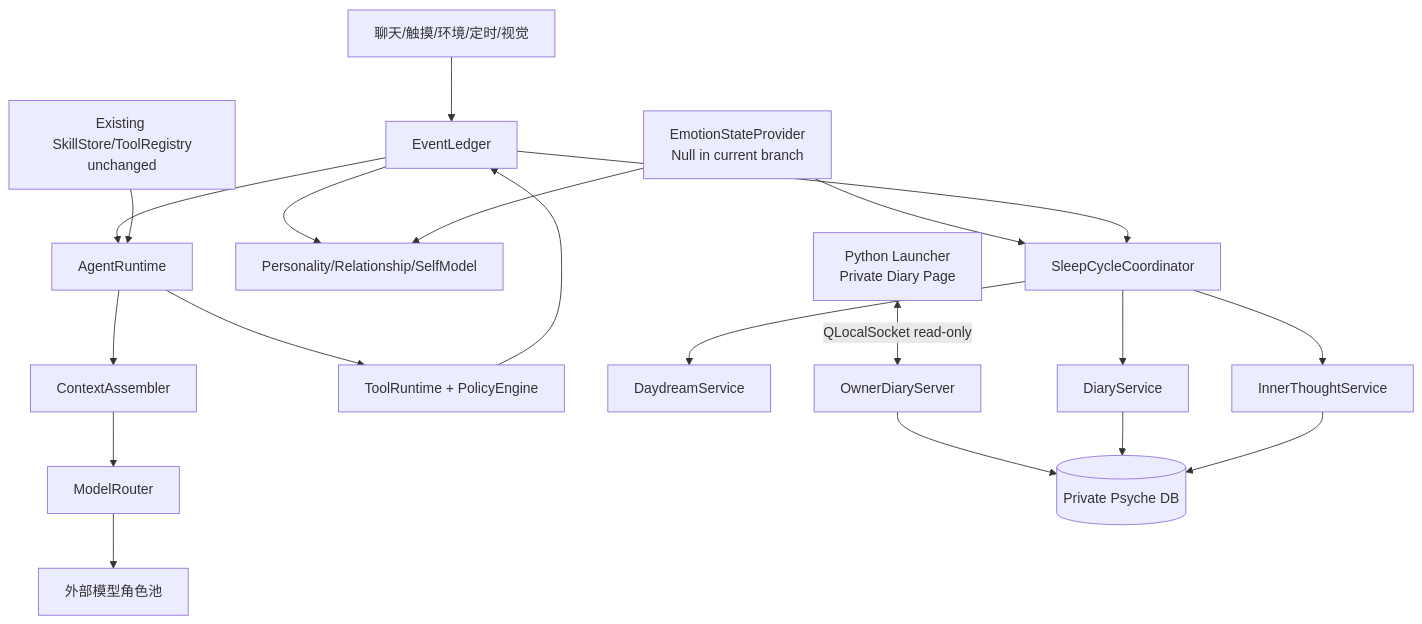
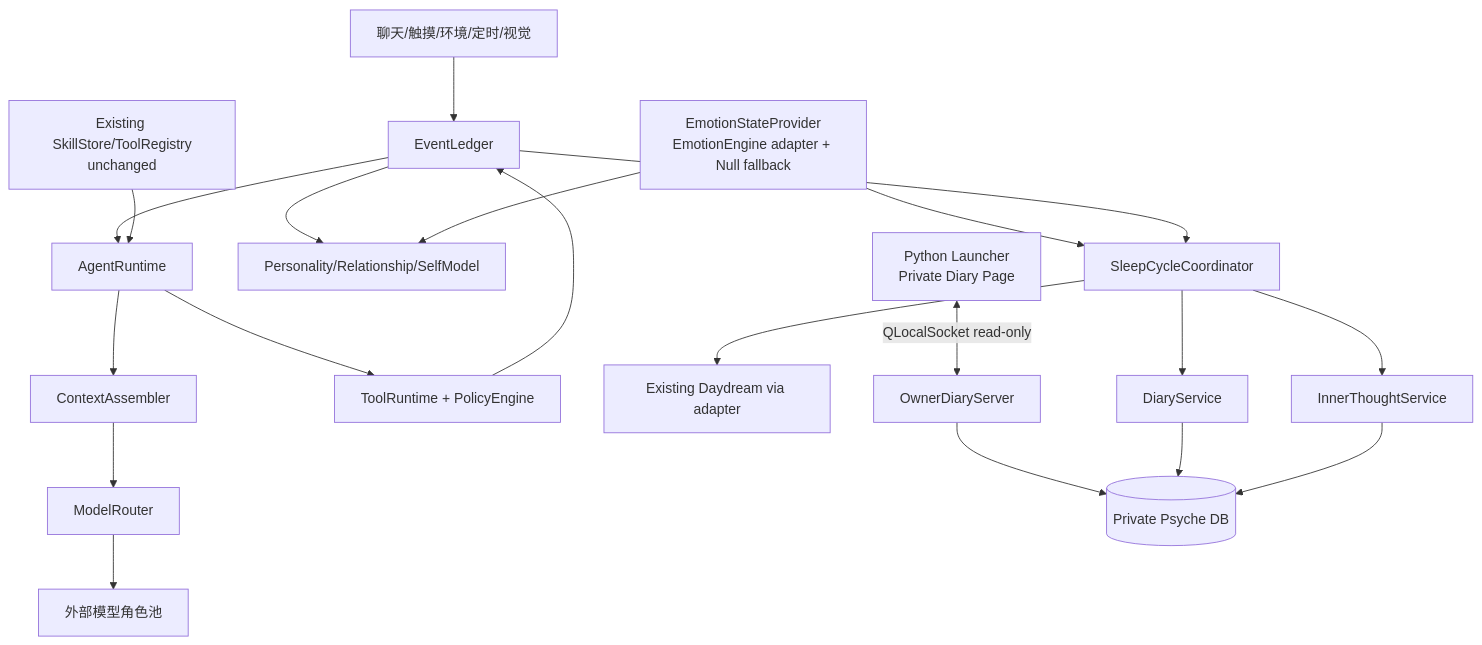
Before and after one commit to Inoriac/DesktopPet: the first of 3 diagrams in .evo/tasks/desktop-pet-self-evolution/桌宠自主迭代-桌面端系分.md, drawn with Mermaid. The commit also changed other lines of this file and 22 other files, not shown here.

````diff
--- a/.evo/tasks/desktop-pet-self-evolution/桌宠自主迭代-桌面端系分.md
+++ b/.evo/tasks/desktop-pet-self-evolution/桌宠自主迭代-桌面端系分.md
@@ -127,25 +129,25 @@
 ```mermaid
 flowchart TB
     Input[聊天/触摸/环境/定时/视觉] --> Ledger[EventLedger]
     Ledger --> Runtime[AgentRuntime]
     Runtime --> Context[ContextAssembler]
     Context --> Router[ModelRouter]
     Router --> Models[外部模型角色池]
     Runtime --> Tools[ToolRuntime + PolicyEngine]
     Tools --> Ledger
 
     Ledger --> Identity[Personality/Relationship/SelfModel]
-    Emotion[EmotionStateProvider\nNull in current branch] --> Identity
+    Emotion[EmotionStateProvider\nEmotionEngine adapter + Null fallback] --> Identity
     Emotion --> Sleep
     Ledger --> Sleep[SleepCycleCoordinator]
-    Sleep --> Daydream[DaydreamService]
+    Sleep --> Daydream[Existing Daydream via adapter]
     Sleep --> Inner[InnerThoughtService]
     Sleep --> Diary[DiaryService]
 
     Existing[Existing SkillStore/ToolRegistry\nunchanged] --> Runtime
 
     Launcher[Python Launcher\nPrivate Diary Page] <-->|QLocalSocket read-only| Owner[OwnerDiaryServer]
     Owner --> Private[(Private Psyche DB)]
     Diary --> Private
     Inner --> Private
 ```
````
